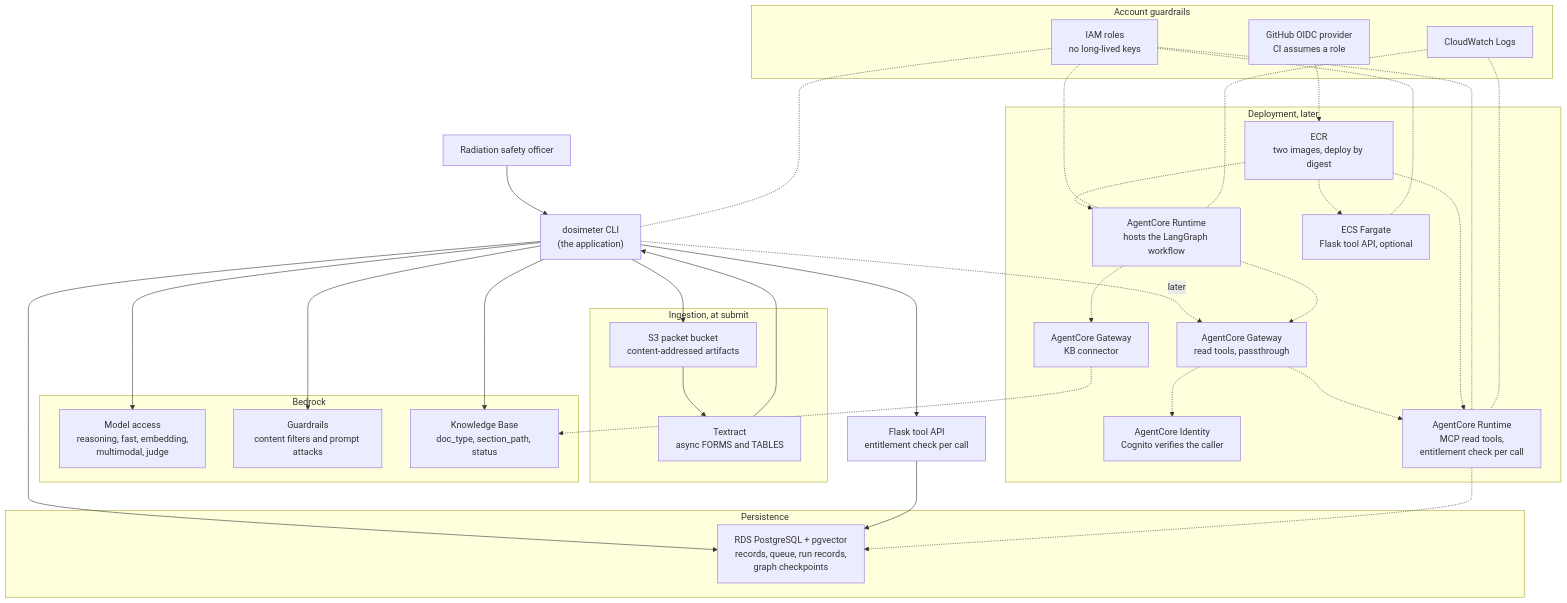
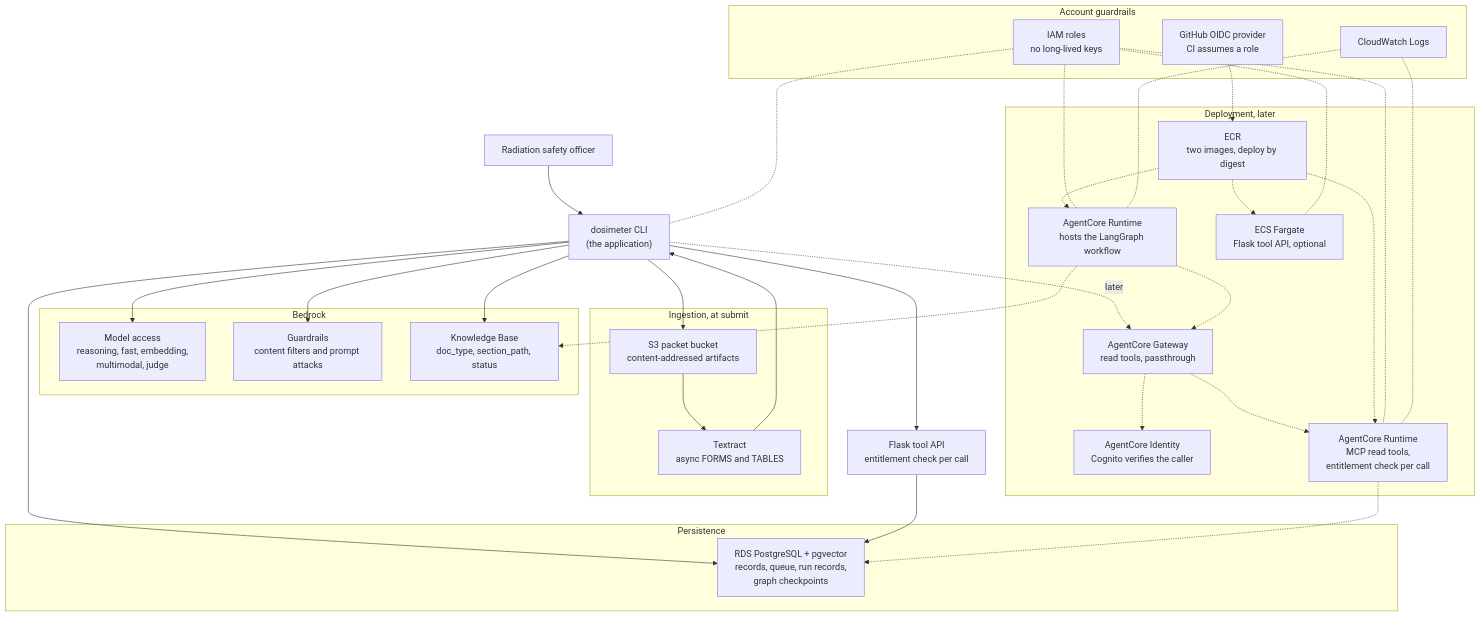
The diagram in docs/aws/architecture-diagram.md (Youtubbs/dosimeter), drawn with Mermaid before and after one commit. The commit also changed 58 other files, not shown here.

Commit message:
restored the AgentCore Gateway and KB Gateway code, wired the workers into the graph, added dossier, sources and ask, the similar-exposure embedder with seeded precedent, and the readiness gate, and made assess complete end to end on P2, P3 and P4.

````diff
--- a/docs/aws/architecture-diagram.md
+++ b/docs/aws/architecture-diagram.md
@@ -3,66 +3,64 @@
 ```mermaid
 flowchart TB
     officer["Radiation safety officer"]
     cli["dosimeter CLI<br/>(the application)"]
 
     subgraph ingest["Ingestion, at submit"]
         s3["S3 packet bucket<br/>content-addressed artifacts"]
         textract["Textract<br/>async FORMS and TABLES"]
     end
 
     subgraph models["Bedrock"]
         bedrock["Model access<br/>reasoning, fast, embedding,<br/>multimodal, judge"]
         guardrails["Guardrails<br/>content filters and prompt attacks"]
         kb["Knowledge Base<br/>doc_type, section_path, status"]
     end
 
     subgraph store["Persistence"]
         rds["RDS PostgreSQL + pgvector<br/>records, queue, run records,<br/>graph checkpoints"]
     end
 
     subgraph deploy["Deployment, later"]
         ecr["ECR<br/>two images, deploy by digest"]
         runtime["AgentCore Runtime<br/>hosts the LangGraph workflow"]
         gateway["AgentCore Gateway<br/>read tools, passthrough"]
-        kbgateway["AgentCore Gateway<br/>KB connector"]
         identity["AgentCore Identity<br/>Cognito verifies the caller"]
         tools["AgentCore Runtime<br/>MCP read tools,<br/>entitlement check per call"]
         ecs["ECS Fargate<br/>Flask tool API, optional"]
     end
 
     subgraph ops["Account guardrails"]
         iam["IAM roles<br/>no long-lived keys"]
         oidc["GitHub OIDC provider<br/>CI assumes a role"]
         logs["CloudWatch Logs"]
     end
 
     officer --> cli
     cli --> s3
     s3 --> textract
     textract --> cli
     cli --> guardrails
     cli --> bedrock
     cli --> kb
     cli --> rds
     cli --> api["Flask tool API<br/>entitlement check per call"]
     api --> rds
 
     cli -.->|"later"| gateway
     gateway -.-> identity
     gateway -.-> tools
     tools -.-> rds
-    kbgateway -.-> kb
     ecr -.-> ecs
     ecr -.-> runtime
     ecr -.-> tools
     runtime -.-> gateway
-    runtime -.-> kbgateway
+    runtime -.-> kb
     oidc -.-> ecr
 
     iam -.- cli
     iam -.- ecs
     iam -.- runtime
     iam -.- tools
     logs -.- runtime
     logs -.- tools
 ```
````
